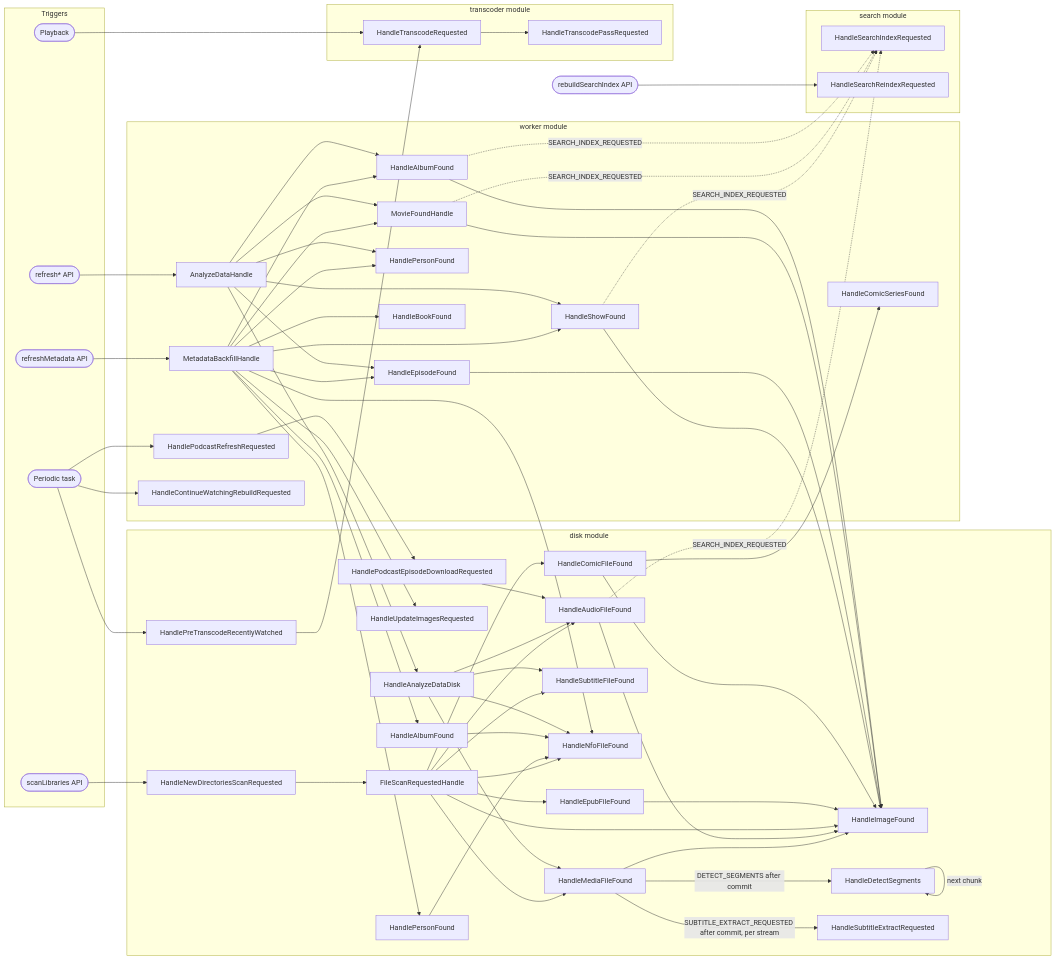
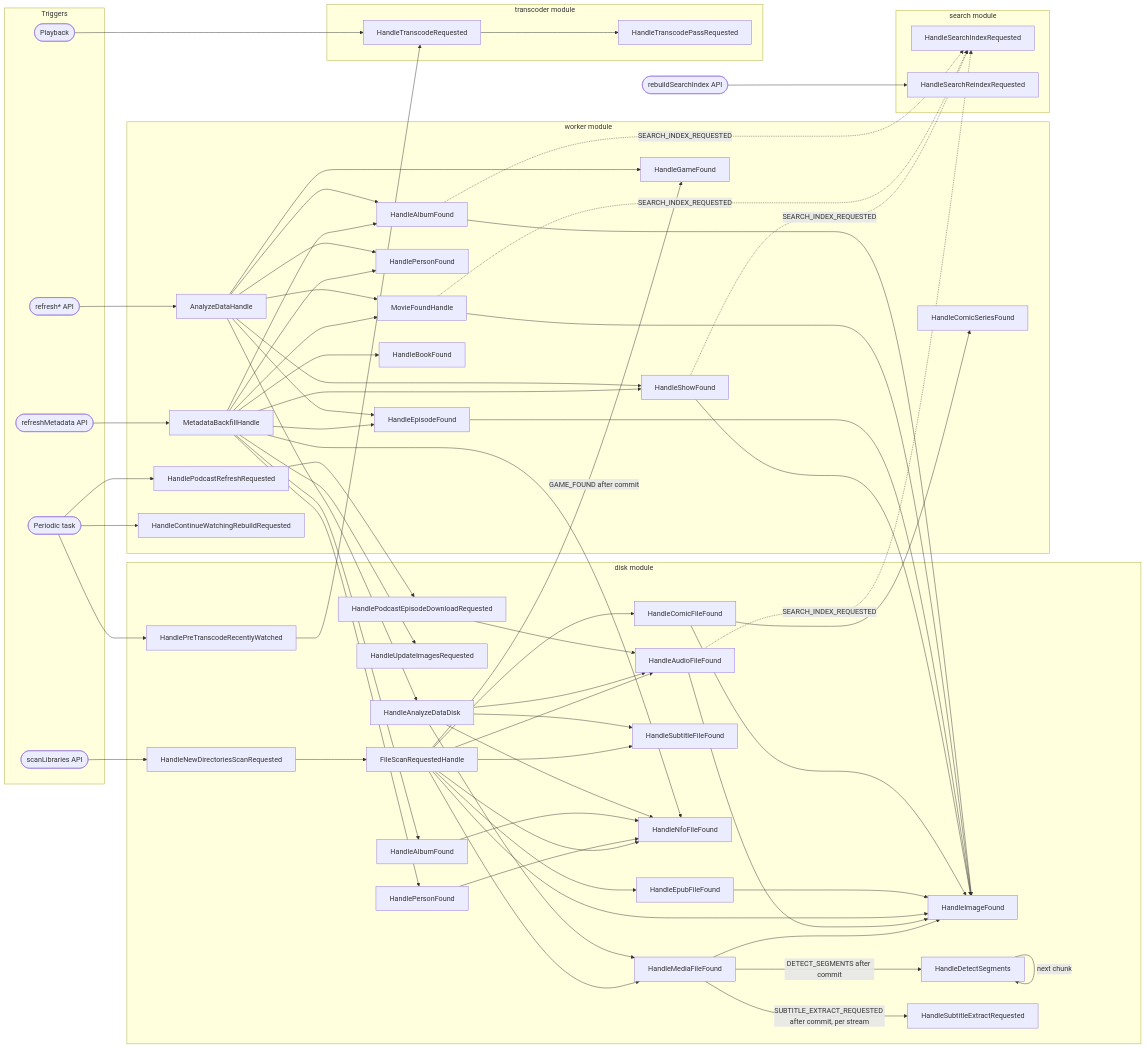
One commit to ister-app/server changed the diagram in doc/architecture/diagrams/event-overview.md. Above: the diagram before and after it, drawn with Mermaid. The commit also changed 121 other files, not shown here.

```diff
--- a/doc/architecture/diagrams/event-overview.md
+++ b/doc/architecture/diagrams/event-overview.md
@@ -43,6 +43,7 @@
         W7[HandleAlbumFound]
         W8[HandleBookFound]
         W9[HandleComicSeriesFound]
+        W12[HandleGameFound]
         W10[HandlePodcastRefreshRequested]
         W11[HandleContinueWatchingRebuildRequested]
     end
@@ -69,6 +70,7 @@
     H2 --> H13 --> H6
     H2 --> H14 --> H6
     H14 --> W9
+    H2 -->|GAME_FOUND after commit| W12
 
     T2 --> W1
     W1 --> H8
@@ -83,7 +85,7 @@
     W1 --> H12 --> H7
 
     T3 --> W2
-    W2 --> W3 & W4 & W5 & W6 & W7
+    W2 --> W3 & W4 & W5 & W6 & W7 & W12
     W2 --> H9
     H9 --> H3 & H4 & H7 & H5
 
```
